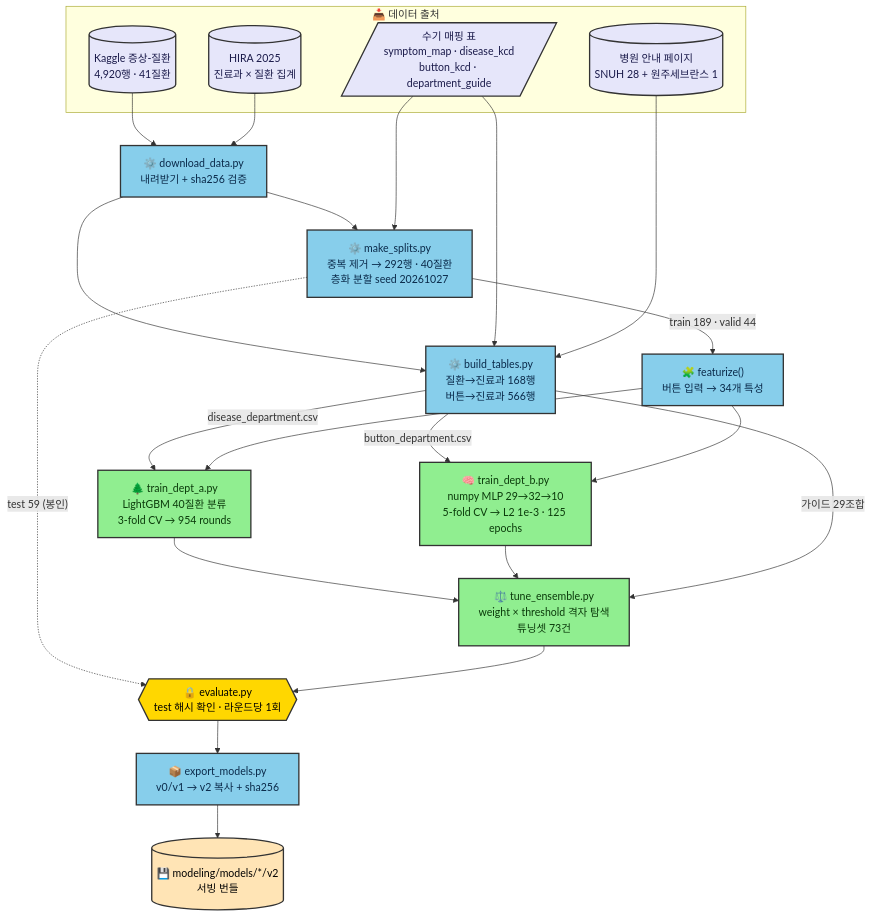
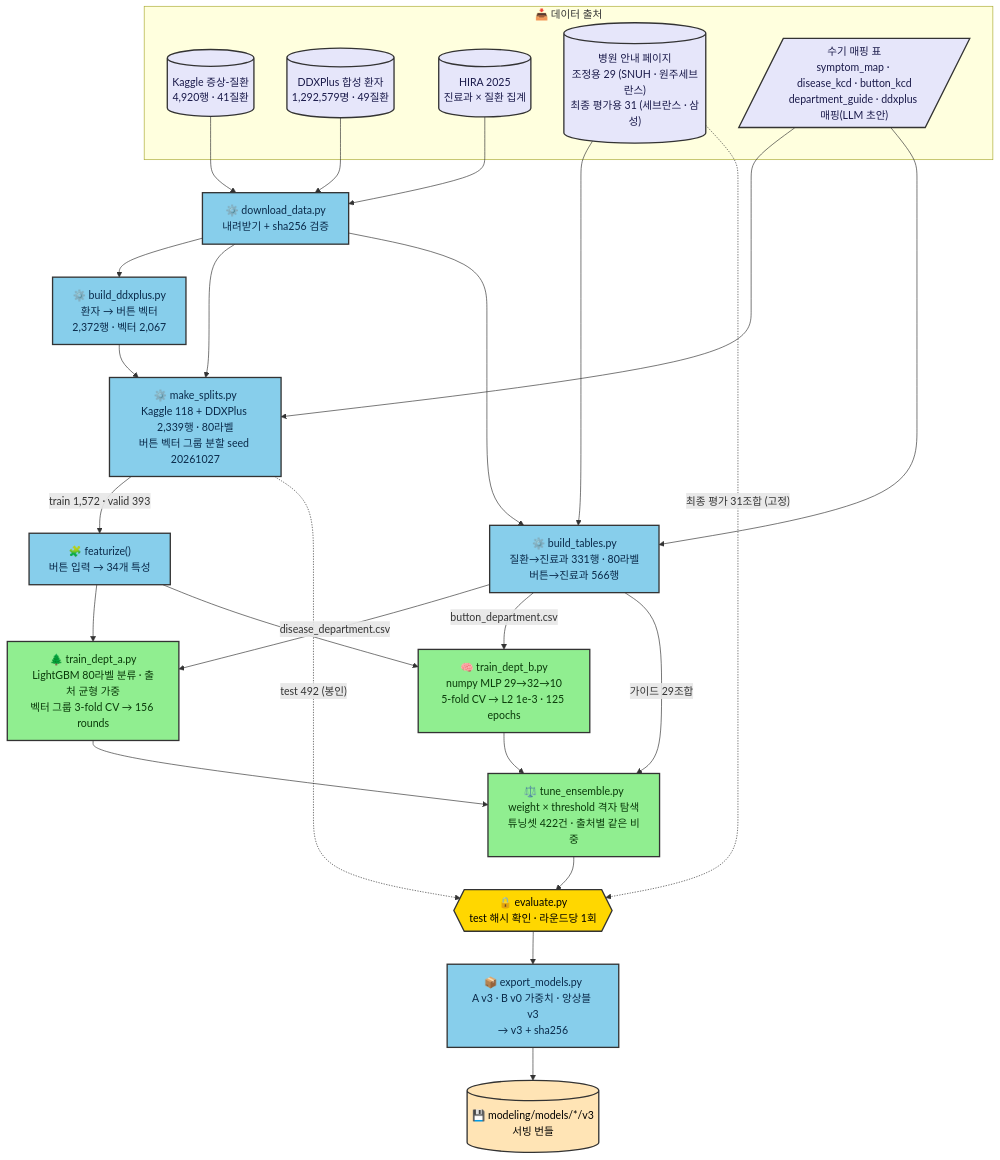
Before and after one commit to conceptamin/for-nav: the first of 9 diagrams in docs/architecture/modeling-backend-flow.md, drawn with Mermaid. The commit also changed other lines of this file and 4 other files, not shown here.

First line of the commit message:
부풀려진 진료과 test 수치를 지우고 버튼 벡터 단위로 다시 잰 v3 수치로 문서를 바꾼다

````diff
--- a/docs/architecture/modeling-backend-flow.md
+++ b/docs/architecture/modeling-backend-flow.md
@@ -30,52 +30,58 @@
 ```mermaid
 flowchart TD
     subgraph SRC["📥 데이터 출처"]
         K[("Kaggle 증상-질환<br/>4,920행 · 41질환")]
+        X[("DDXPlus 합성 환자<br/>1,292,579명 · 49질환")]
         H[("HIRA 2025<br/>진료과 × 질환 집계")]
-        G[("병원 안내 페이지<br/>SNUH 28 + 원주세브란스 1")]
-        M[/"수기 매핑 표<br/>symptom_map · disease_kcd<br/>button_kcd · department_guide"/]
+        G[("병원 안내 페이지<br/>조정용 29 (SNUH · 원주세브란스)<br/>최종 평가용 31 (세브란스 · 삼성)")]
+        M[/"수기 매핑 표<br/>symptom_map · disease_kcd · button_kcd<br/>department_guide · ddxplus 매핑(LLM 초안)"/]
     end
 
     DL["⚙️ download_data.py<br/>내려받기 + sha256 검증"]
-    SP["⚙️ make_splits.py<br/>중복 제거 → 292행 · 40질환<br/>층화 분할 seed 20261027"]
-    TB["⚙️ build_tables.py<br/>질환→진료과 168행<br/>버튼→진료과 566행"]
+    DX["⚙️ build_ddxplus.py<br/>환자 → 버튼 벡터<br/>2,372행 · 벡터 2,067"]
+    SP["⚙️ make_splits.py<br/>Kaggle 118 + DDXPlus 2,339행 · 80라벨<br/>버튼 벡터 그룹 분할 seed 20261027"]
+    TB["⚙️ build_tables.py<br/>질환→진료과 331행 · 80라벨<br/>버튼→진료과 566행"]
     FE["🧩 featurize()<br/>버튼 입력 → 34개 특성"]
 
-    A["🌲 train_dept_a.py<br/>LightGBM 40질환 분류<br/>3-fold CV → 954 rounds"]
+    A["🌲 train_dept_a.py<br/>LightGBM 80라벨 분류 · 출처 균형 가중<br/>벡터 그룹 3-fold CV → 156 rounds"]
     B["🧠 train_dept_b.py<br/>numpy MLP 29→32→10<br/>5-fold CV → L2 1e-3 · 125 epochs"]
-    EN["⚖️ tune_ensemble.py<br/>weight × threshold 격자 탐색<br/>튜닝셋 73건"]
+    EN["⚖️ tune_ensemble.py<br/>weight × threshold 격자 탐색<br/>튜닝셋 422건 · 출처별 같은 비중"]
     EV{{"🔒 evaluate.py<br/>test 해시 확인 · 라운드당 1회"}}
-    EX["📦 export_models.py<br/>v0/v1 → v2 복사 + sha256"]
-    OUT[("💾 modeling/models/*/v2<br/>서빙 번들")]
+    EX["📦 export_models.py<br/>A v3 · B v0 가중치 · 앙상블 v3<br/>→ v3 + sha256"]
+    OUT[("💾 modeling/models/*/v3<br/>서빙 번들")]
 
     K --> DL
+    X --> DL
     H --> DL
+    DL --> DX
+    DX --> SP
     DL --> SP
     M --> SP
     DL --> TB
     M --> TB
     G --> TB
-    SP -->|"train 189 · valid 44"| FE
+    SP -->|"train 1,572 · valid 393"| FE
     TB -->|"disease_department.csv"| A
     TB -->|"button_department.csv"| B
     FE --> A
     FE --> B
     A --> EN
     B --> EN
     TB -->|"가이드 29조합"| EN
-    SP -.->|"test 59 (봉인)"| EV
+    SP -.->|"test 492 (봉인)"| EV
+    G -.->|"최종 평가 31조합 (고정)"| EV
     EN --> EV
     EV --> EX
     EX --> OUT
 
     classDef src fill:#E6E6FA,stroke:#333,stroke-width:2px,color:#1a1a4a
     classDef step fill:#87CEEB,stroke:#333,stroke-width:2px,color:#0a2a4a
     classDef model fill:#90EE90,stroke:#333,stroke-width:2px,color:#0a3a0a
     classDef gate fill:#FFD700,stroke:#333,stroke-width:2px,color:#000
     classDef store fill:#FFE4B5,stroke:#333,stroke-width:2px,color:#000
-    class K,H,G,M src
-    class DL,SP,TB,FE,EX step
+    class K,X,H,G,M src
+    class DL,DX,SP,TB,FE,EX step
     class A,B,EN model
     class EV gate
     class OUT store
 ```
````
